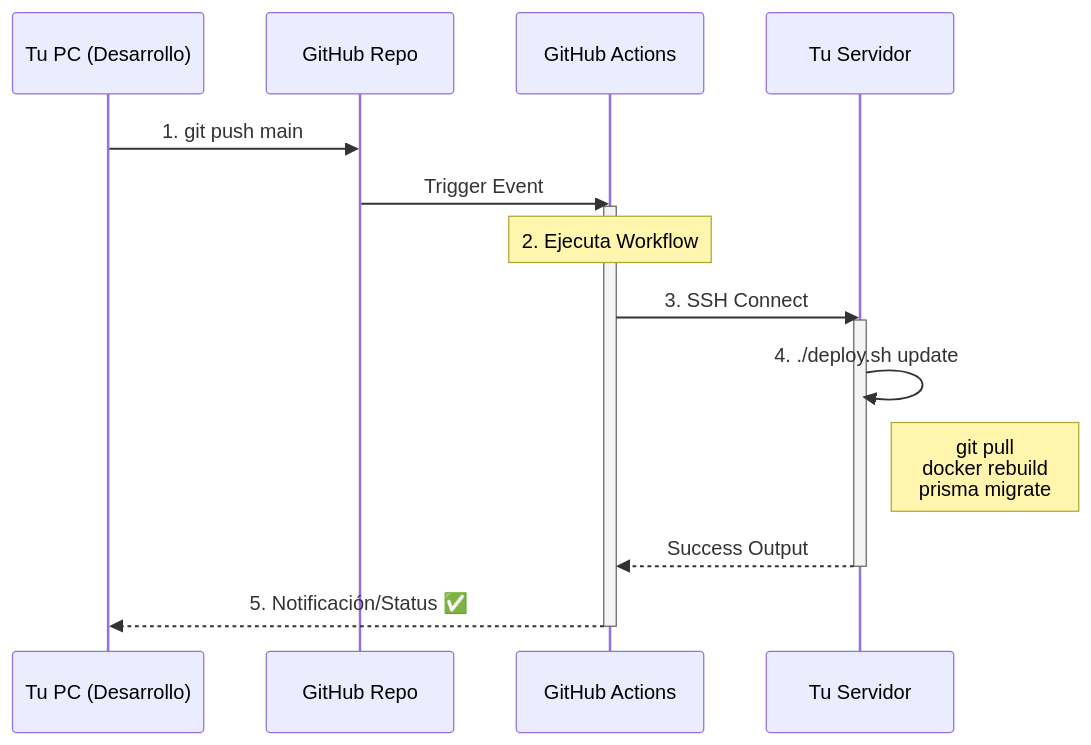
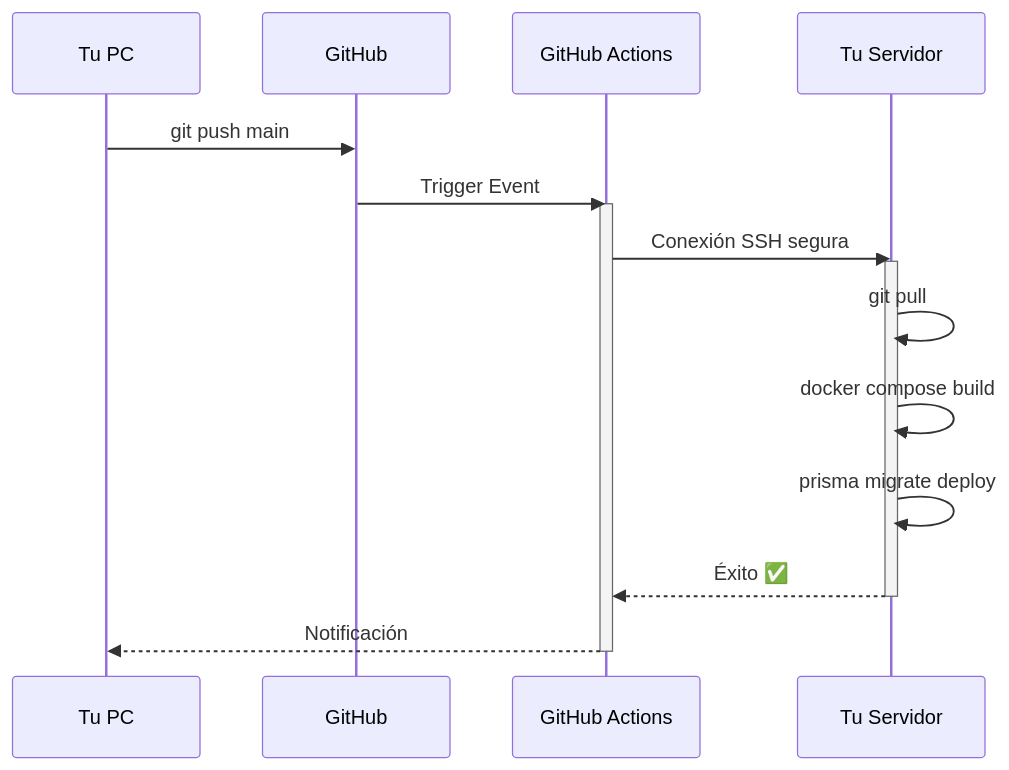
One commit to herwingx/finanzas-pro changed the diagram in docs/CI_CD.md. Above: the diagram before and after it, drawn with Mermaid. The commit also changed other lines of this file and 7 other files, not shown here.

````diff
--- a/docs/CI_CD.md
+++ b/docs/CI_CD.md
@@ -24,20 +11,20 @@
 ```mermaid
 sequenceDiagram
-    participant User as Tu PC (Desarrollo)
-    participant GitHub as GitHub Repo
+    participant User as Tu PC
+    participant GitHub
     participant Actions as GitHub Actions
     participant Server as Tu Servidor
 
-    User->>GitHub: 1. git push main
+    User->>GitHub: git push main
     GitHub->>Actions: Trigger Event
     activate Actions
-    Note over Actions: 2. Ejecuta Workflow
-    Actions->>Server: 3. SSH Connect
+    Actions->>Server: Conexión SSH segura
     activate Server
-    Server->>Server: 4. ./deploy.sh update
-    Note right of Server: git pull<br/>docker rebuild<br/>prisma migrate
-    Server-->>Actions: Success Output
+    Server->>Server: git pull
+    Server->>Server: docker compose build
+    Server->>Server: prisma migrate deploy
+    Server-->>Actions: Éxito ✅
     deactivate Server
-    Actions-->>User: 5. Notificación/Status ✅
+    Actions-->>User: Notificación
     deactivate Actions
 ```
````
